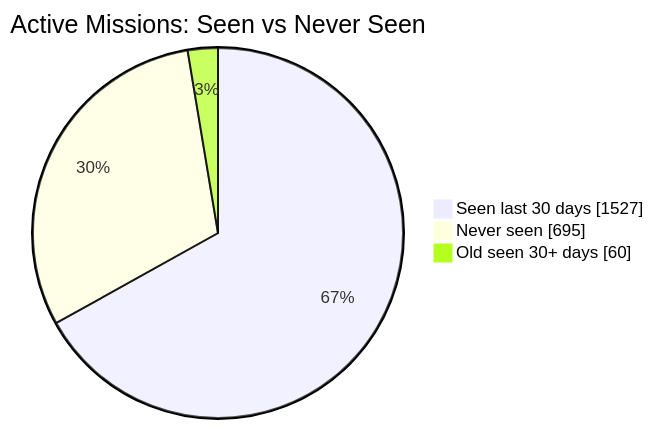
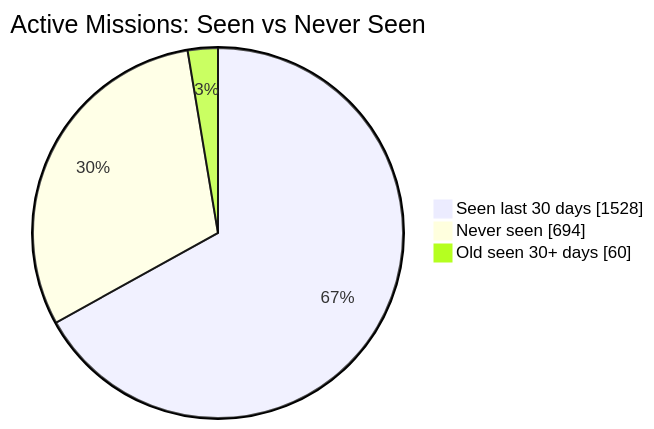
Before and after one commit to MeldkamerspelGameTeam/active-missions: the first of 2 diagrams in README.md, drawn with Mermaid. The commit also changed other lines of this file and 2 other files, not shown here.

````diff
--- a/README.md
+++ b/README.md
@@ -34,7 +34,7 @@
 ```mermaid
 pie showData
     title Active Missions: Seen vs Never Seen
-    "Seen last 30 days" : 1527
-    "Never seen" : 695
+    "Seen last 30 days" : 1528
+    "Never seen" : 694
     "Old seen 30+ days" : 60
 ```
````
